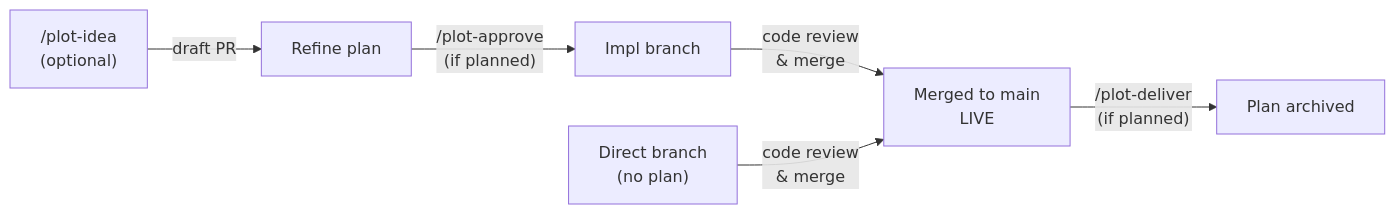
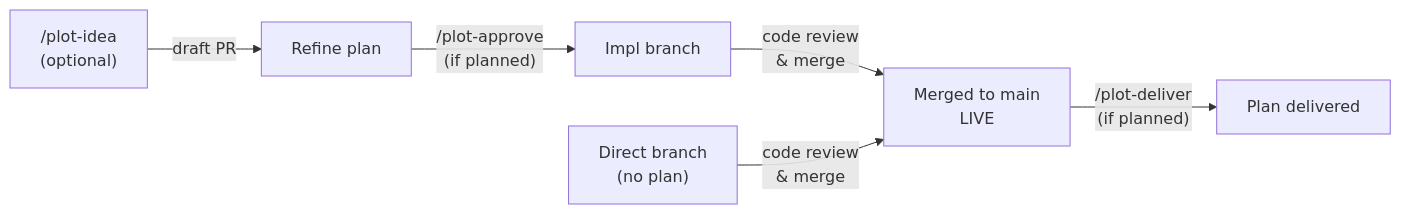
The second of 3 diagrams in skills/plot/SKILL.md (eins78/plot), drawn with Mermaid before and after one commit. The commit also changed other lines of this file and 9 other files, not shown here.

````diff
--- a/skills/plot/SKILL.md
+++ b/skills/plot/SKILL.md
@@ -62,9 +63,9 @@
 ```mermaid
 flowchart LR
     A["/plot-idea<br/>(optional)"] -->|draft PR| B["Refine plan"]
     B -->|"/plot-approve<br/>(if planned)"| C["Impl branch"]
     C -->|"code review<br/>& merge"| D["Merged to main<br/>LIVE"]
-    D -->|"/plot-deliver<br/>(if planned)"| E["Plan archived"]
+    D -->|"/plot-deliver<br/>(if planned)"| E["Plan delivered"]
 
     F["Direct branch<br/>(no plan)"] -->|"code review<br/>& merge"| D
 ```
````
